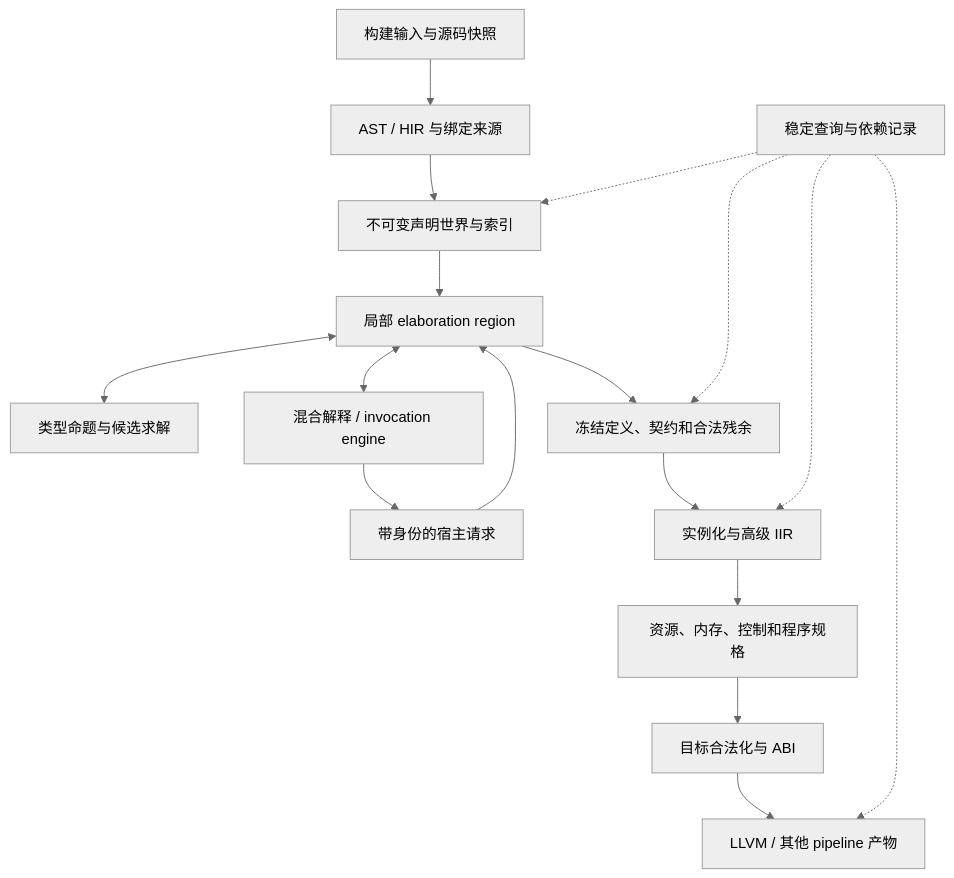
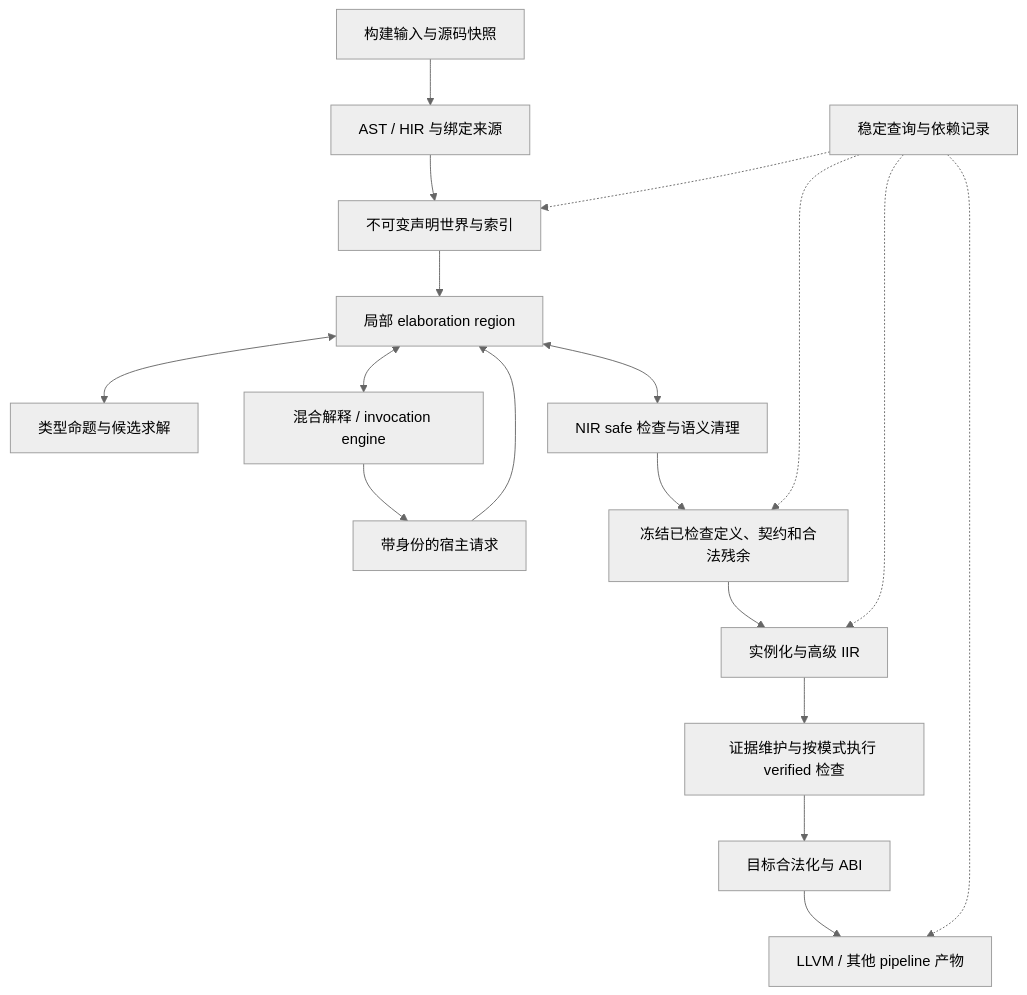
Before and after one commit to Finlifin/luna: the diagram in development/architecture.md, drawn with Mermaid (neutral theme). The commit also changed other lines of this file and 7 other files, not shown here.

````diff
--- a/development/architecture.md
+++ b/development/architecture.md
@@ -13,19 +13,20 @@
 ```mermaid
 flowchart TD
   Input[构建输入与源码快照] --> Syntax[AST / HIR 与绑定来源]
   Syntax --> World[不可变声明世界与索引]
   World --> Region[局部 elaboration region]
   Region <--> Solver[类型命题与候选求解]
   Region <--> Exec[混合解释 / invocation engine]
   Exec --> Requests[带身份的宿主请求]
   Requests --> Region
-  Region --> Frozen[冻结定义、契约和合法残余]
+  Region <--> Safe[NIR safe 检查与语义清理]
+  Safe --> Frozen[冻结已检查定义、契约和合法残余]
   Frozen --> Instance[实例化与高级 IIR]
-  Instance --> Verify[资源、内存、控制和程序规格]
+  Instance --> Verify[证据维护与按模式执行 verified 检查]
   Verify --> Target[目标合法化与 ABI]
   Target --> Artifact[LLVM / 其他 pipeline 产物]
   Query[稳定查询与依赖记录] -.-> World
   Query -.-> Frozen
   Query -.-> Instance
   Query -.-> Artifact
 ```
````
